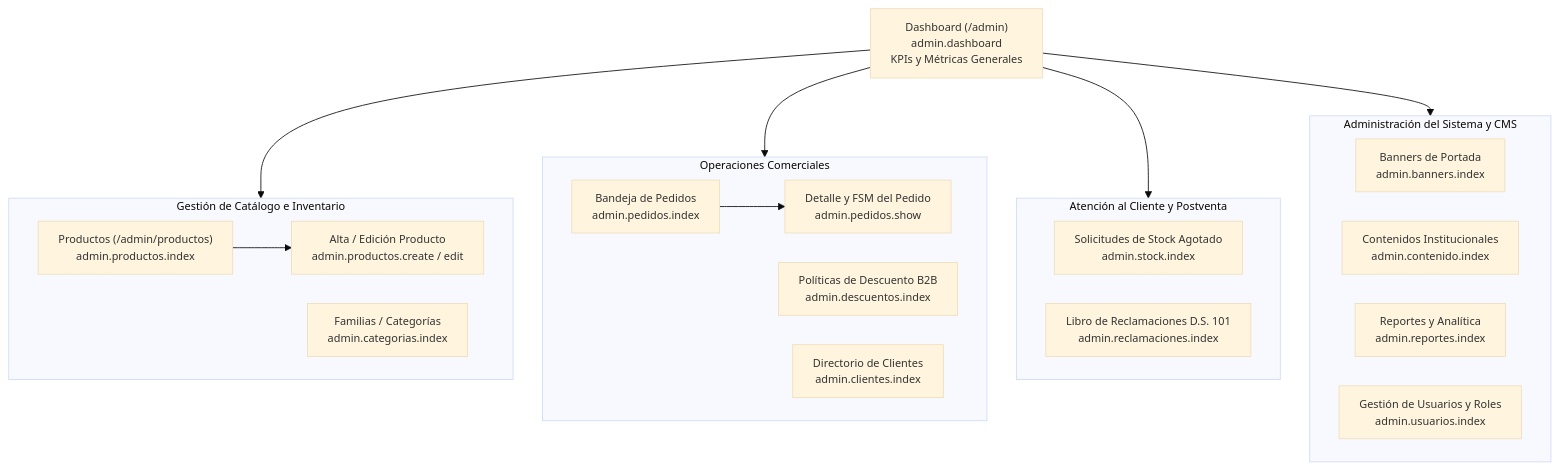
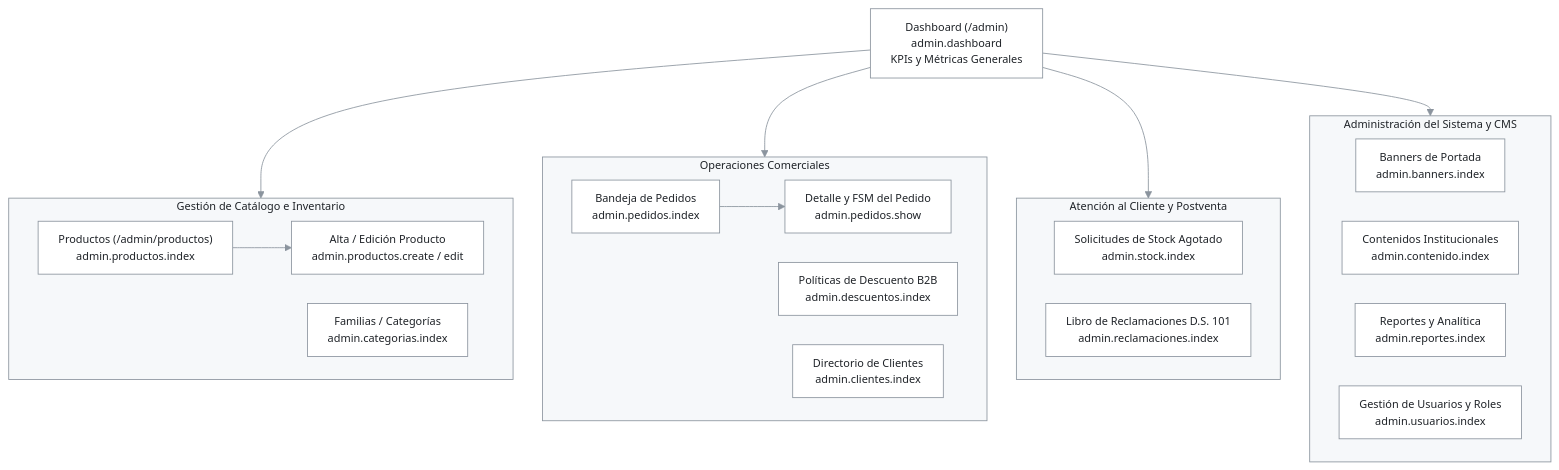
Before and after one commit to Ipolari2645/prueba: the diagram in 02-modulos/panel-admin.md, drawn with Mermaid. The commit also changed 4 other files, not shown here.

````diff
--- a/02-modulos/panel-admin.md
+++ b/02-modulos/panel-admin.md
@@ -64,37 +64,37 @@
 ```mermaid
-%%{init: {"theme":"base","themeVariables":{"fontFamily":"Arial, Helvetica, sans-serif","fontSize":"13px"},"flowchart":{"htmlLabels":true,"padding":12,"wrappingWidth":210,"nodeSpacing":35,"rankSpacing":45}}}%%
+%%{init: {"theme":"base","themeVariables":{"fontFamily":"Arial, Helvetica, sans-serif","fontSize":"13px","lineColor":"#8b949e","arrowheadColor":"#8b949e","primaryColor":"#ffffff","primaryTextColor":"#1f2328","primaryBorderColor":"#8b949e","clusterBkg":"#f6f8fa","clusterBorder":"#8b949e","titleColor":"#1f2328","edgeLabelBackground":"#f6f8fa","tertiaryTextColor":"#1f2328"},"flowchart":{"htmlLabels":true,"padding":12,"wrappingWidth":210,"nodeSpacing":35,"rankSpacing":45}}}%%
 flowchart TD
     ROOT["Dashboard (/admin)<br/>admin.dashboard<br/>KPIs y Métricas Generales"]
 
     subgraph CAT["Gestión de Catálogo e Inventario"]
         P_IDX["Productos (/admin/productos)<br/>admin.productos.index"]
         P_FORM["Alta / Edición Producto<br/>admin.productos.create / edit"]
         C_IDX["Familias / Categorías<br/>admin.categorias.index"]
         P_IDX --> P_FORM
     end
 
     subgraph COM["Operaciones Comerciales"]
         PED_IDX["Bandeja de Pedidos<br/>admin.pedidos.index"]
         PED_DET["Detalle y FSM del Pedido<br/>admin.pedidos.show"]
         DESC_IDX["Políticas de Descuento B2B<br/>admin.descuentos.index"]
         CLI_IDX["Directorio de Clientes<br/>admin.clientes.index"]
         PED_IDX --> PED_DET
     end
 
     subgraph SAC["Atención al Cliente y Postventa"]
         STK_IDX["Solicitudes de Stock Agotado<br/>admin.stock.index"]
         REC_IDX["Libro de Reclamaciones D.S. 101<br/>admin.reclamaciones.index"]
     end
 
     subgraph SYS["Administración del Sistema y CMS"]
         BAN_IDX["Banners de Portada<br/>admin.banners.index"]
         CNT_IDX["Contenidos Institucionales<br/>admin.contenido.index"]
         REP_IDX["Reportes y Analítica<br/>admin.reportes.index"]
         USR_IDX["Gestión de Usuarios y Roles<br/>admin.usuarios.index"]
     end
 
     ROOT --> CAT
     ROOT --> COM
     ROOT --> SAC
     ROOT --> SYS
 ```
````
